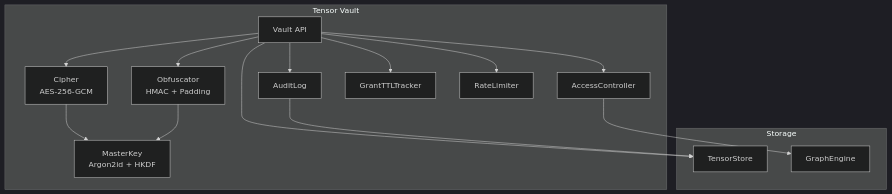
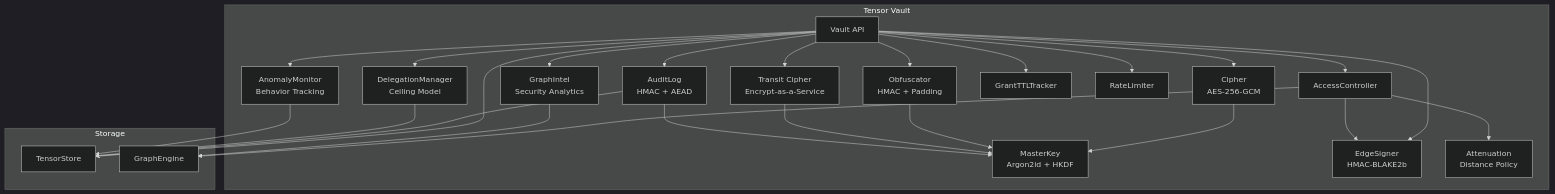
The first of 3 diagrams in docs/book/src/architecture/tensor-vault.md (Shadylukin/Neumann), drawn with Mermaid (dark theme) before and after one commit. The commit also changed other lines of this file and 69 other files, not shown here.

First line of the commit message:
Add comprehensive vault upgrades: access tensors, graph intel, PKI, PITR, Shamir, geo-routing, and more

````diff
--- a/docs/book/src/architecture/tensor-vault.md
+++ b/docs/book/src/architecture/tensor-vault.md
@@ -67,32 +127,50 @@
 ```mermaid
-graph TB
+flowchart TB
     subgraph "Tensor Vault"
         API[Vault API]
         AC[AccessController]
         Cipher[Cipher<br/>AES-256-GCM]
         KDF[MasterKey<br/>Argon2id + HKDF]
         Obf[Obfuscator<br/>HMAC + Padding]
-        Audit[AuditLog]
+        Sign[EdgeSigner<br/>HMAC-BLAKE2b]
+        Atten[Attenuation<br/>Distance Policy]
+        Deleg[DelegationManager<br/>Ceiling Model]
+        Anomaly[AnomalyMonitor<br/>Behavior Tracking]
+        Transit[Transit Cipher<br/>Encrypt-as-a-Service]
+        Audit[AuditLog<br/>HMAC + AEAD]
         TTL[GrantTTLTracker]
         RL[RateLimiter]
+        GI[GraphIntel<br/>Security Analytics]
     end
 
     subgraph "Storage"
         TS[TensorStore]
         GE[GraphEngine]
     end
 
     API --> AC
     API --> Cipher
     API --> Obf
+    API --> Sign
     API --> Audit
     API --> TTL
     API --> RL
+    API --> Deleg
+    API --> Anomaly
+    API --> Transit
+    API --> GI
 
     AC --> GE
+    AC --> Atten
+    AC --> Sign
     Cipher --> KDF
     Obf --> KDF
+    Transit --> KDF
+    Audit --> KDF
+    GI --> GE
 
     API --> TS
     Audit --> TS
+    Deleg --> TS
+    Anomaly --> TS
 ```
````
